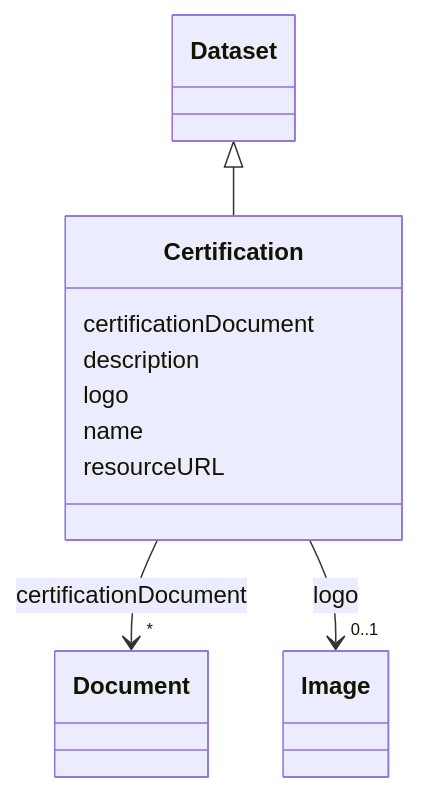
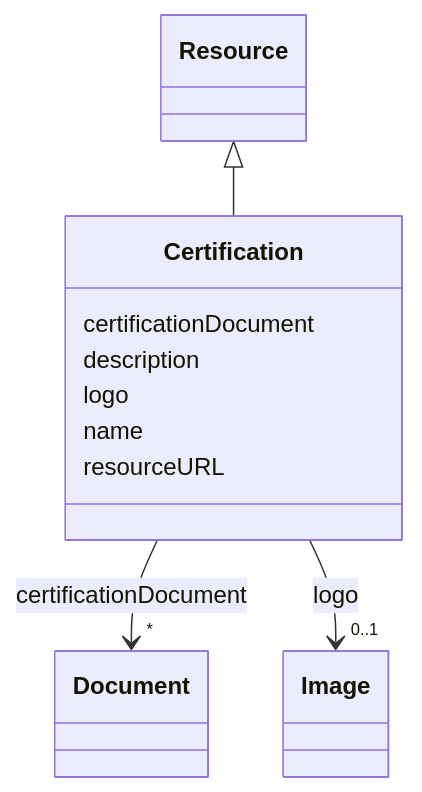
Before and after one commit to EVORA-project/evora-ontology: the diagram in models/docs/Certification.md, drawn with Mermaid. The commit also changed other lines of this file and 208 other files, not shown here.

````diff
--- a/models/docs/Certification.md
+++ b/models/docs/Certification.md
@@ -19,33 +19,33 @@
 ```mermaid
  classDiagram
     class Certification
     click Certification href "../Certification"
-      Dataset <|-- Certification
-        click Dataset href "../Dataset"
+      Resource <|-- Certification
+        click Resource href "../Resource"
       
       Certification : certificationDocument
         
           
     
     
     Certification --> "*" Document : certificationDocument
     click Document href "../Document"
 
         
       Certification : description
         
       Certification : logo
         
           
     
     
     Certification --> "0..1" Image : logo
     click Image href "../Image"
 
         
       Certification : name
         
       Certification : resourceURL
         
       
 ```
````
